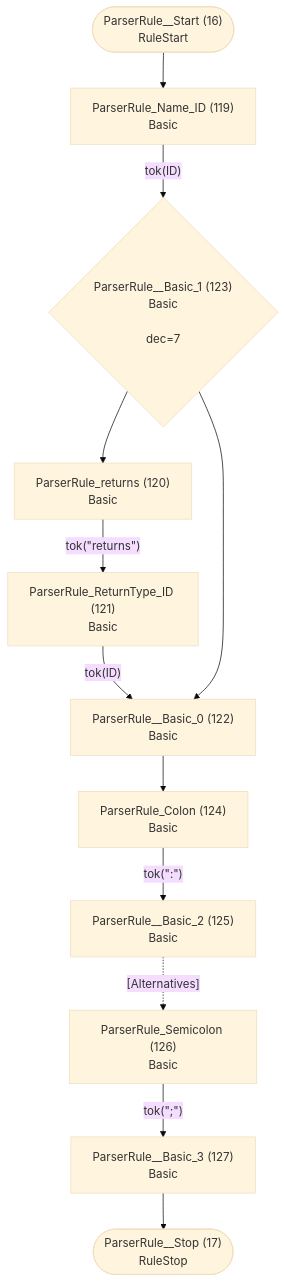
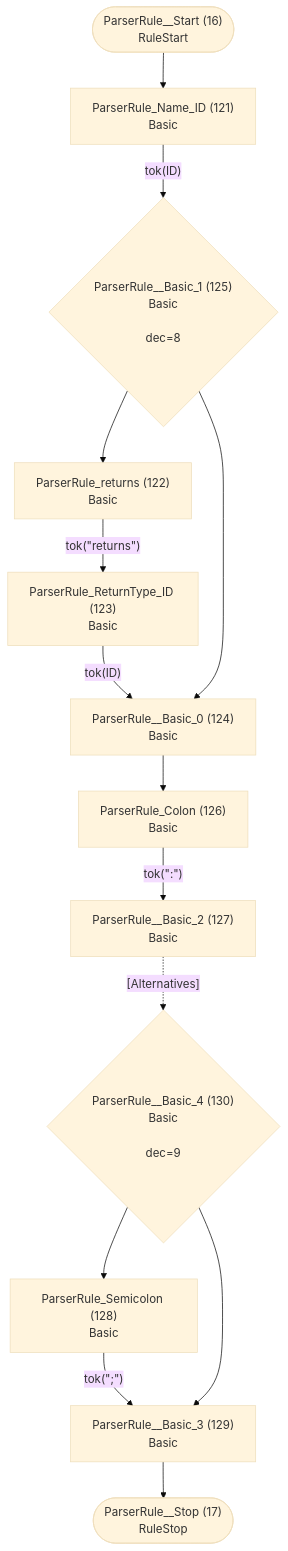
One commit to TypeFox/fastbelt changed the ninth of 26 diagrams in internal/grammar/atn.md. Above: the diagram before and after it, drawn with Mermaid (base theme). The commit also changed other lines of this file and 7 other files, not shown here.

````diff
--- a/internal/grammar/atn.md
+++ b/internal/grammar/atn.md
@@ -232,26 +237,29 @@
 ```mermaid
 flowchart TD
     q16(["ParserRule__Start (16)<br/>RuleStart"])
     q17(["ParserRule__Stop (17)<br/>RuleStop"])
-    q119["ParserRule_Name_ID (119)<br/>Basic<br/>"]
-    q120["ParserRule_returns (120)<br/>Basic<br/>"]
-    q121["ParserRule_ReturnType_ID (121)<br/>Basic<br/>"]
-    q122["ParserRule__Basic_0 (122)<br/>Basic<br/>"]
-    q123{"ParserRule__Basic_1 (123)<br/>Basic<br/><br/>dec=7"}
-    q124["ParserRule_Colon (124)<br/>Basic<br/>"]
-    q125["ParserRule__Basic_2 (125)<br/>Basic<br/>"]
-    q126["ParserRule_Semicolon (126)<br/>Basic<br/>"]
-    q127["ParserRule__Basic_3 (127)<br/>Basic<br/>"]
+    q121["ParserRule_Name_ID (121)<br/>Basic<br/>"]
+    q122["ParserRule_returns (122)<br/>Basic<br/>"]
+    q123["ParserRule_ReturnType_ID (123)<br/>Basic<br/>"]
+    q124["ParserRule__Basic_0 (124)<br/>Basic<br/>"]
+    q125{"ParserRule__Basic_1 (125)<br/>Basic<br/><br/>dec=8"}
+    q126["ParserRule_Colon (126)<br/>Basic<br/>"]
+    q127["ParserRule__Basic_2 (127)<br/>Basic<br/>"]
+    q128["ParserRule_Semicolon (128)<br/>Basic<br/>"]
+    q129["ParserRule__Basic_3 (129)<br/>Basic<br/>"]
+    q130{"ParserRule__Basic_4 (130)<br/>Basic<br/><br/>dec=9"}
 
-    q16 --> q119
-    q119 -->|"tok(ID)"| q123
-    q120 -->|"tok(&quot;returns&quot;)"| q121
-    q121 -->|"tok(ID)"| q122
-    q122 --> q124
-    q123 --> q120
-    q123 --> q122
-    q124 -->|"tok(&quot;:&quot;)"| q125
-    q125 -.->|"[Alternatives]"| q126
-    q126 -->|"tok(&quot;;&quot;)"| q127
-    q127 --> q17
+    q16 --> q121
+    q121 -->|"tok(ID)"| q125
+    q122 -->|"tok(&quot;returns&quot;)"| q123
+    q123 -->|"tok(ID)"| q124
+    q124 --> q126
+    q125 --> q122
+    q125 --> q124
+    q126 -->|"tok(&quot;:&quot;)"| q127
+    q127 -.->|"[Alternatives]"| q130
+    q128 -->|"tok(&quot;;&quot;)"| q129
+    q129 --> q17
+    q130 --> q128
+    q130 --> q129
 ```
````
